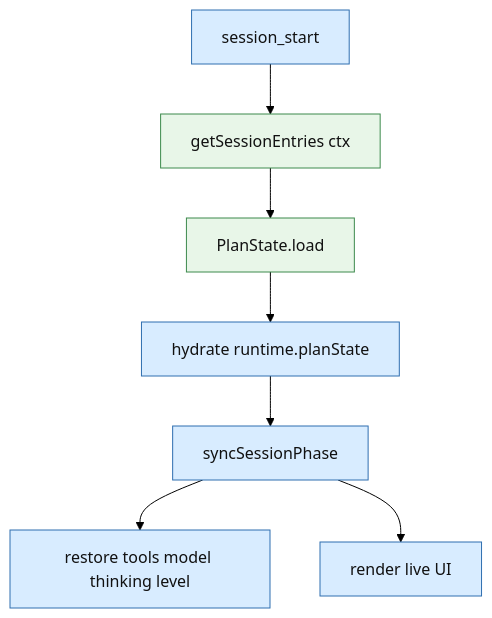
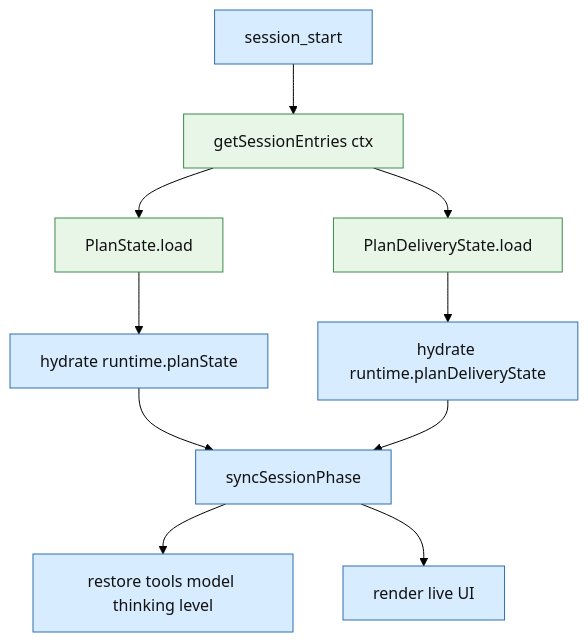
The second of 3 diagrams in docs/mermaid-plan-state-information-architecture.md (pyronaur/nplan), drawn with Mermaid (forest theme) before and after one commit. The commit also changed other lines of this file and 17 other files, not shown here.

First line of the commit message:
Split planning lifecycle delivery into dedicated state model

````diff
--- a/docs/mermaid-plan-state-information-architecture.md
+++ b/docs/mermaid-plan-state-information-architecture.md
@@ -181,14 +202,17 @@
 ```mermaid
 flowchart TD
     A[session_start] --> B[getSessionEntries ctx]
     B --> C[PlanState.load]
-    C --> D[hydrate runtime.planState]
-    D --> E[syncSessionPhase]
-    E --> F[restore tools model thinking level]
-    E --> G[render live UI]
+    B --> D[PlanDeliveryState.load]
+    C --> E[hydrate runtime.planState]
+    D --> F[hydrate runtime.planDeliveryState]
+    E --> G[syncSessionPhase]
+    F --> G
+    G --> H[restore tools model thinking level]
+    G --> I[render live UI]
 
     classDef persisted fill:#e8f6e8,stroke:#3d8a4d,color:#111;
     classDef logic fill:#d8ecff,stroke:#2f6fb0,color:#111;
-    class B,C persisted;
-    class A,D,E,F,G logic;
+    class B,C,D persisted;
+    class A,E,F,G,H,I logic;
 ```
````
